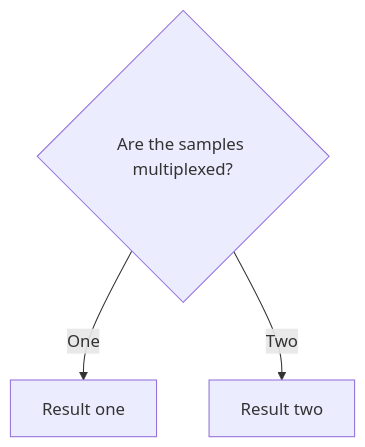
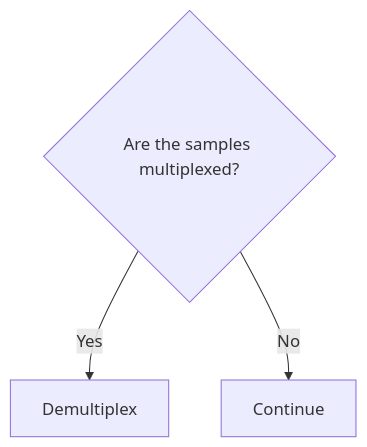
One commit to chelauk/nf-core-demultiplex-methylation changed the diagram in docs/usage.md. Above: the diagram before and after it, drawn with Mermaid.

````diff
--- a/docs/usage.md
+++ b/docs/usage.md
@@ -7,6 +7,6 @@
 ```mermaid
 flowchart TD
 step1{Are the samples multiplexed?}
-step1 -->|One| D[Result one]
-step1 -->|Two| E[Result two]
+step1 -->|Yes| D[Demultiplex]
+step1 -->|No| E[Continue]
 ```
````
